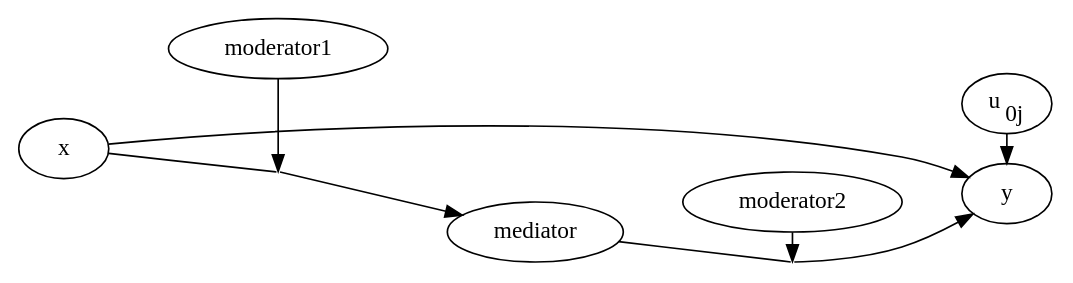
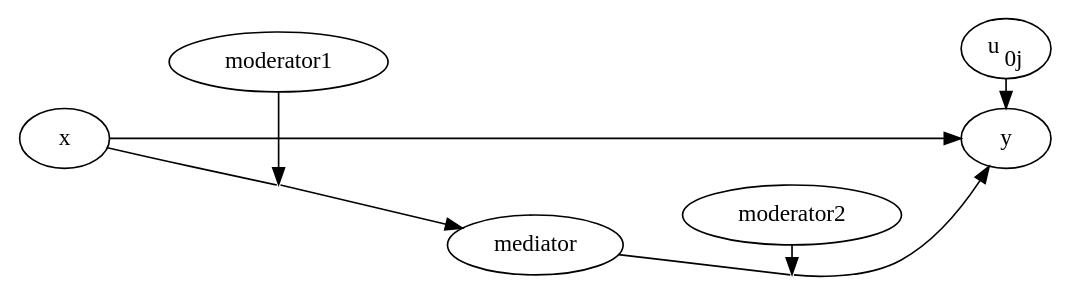
Before and after one commit to agrogan1/multilevel: the diagram in multilevel-moderated-mediation/multilevel-moderated-mediation.gv, drawn with Graphviz. The commit also changed 1 other file, not shown here.

Commit message:
better diagram; used edge weights to organize

```diff
--- a/multilevel-moderated-mediation/multilevel-moderated-mediation.gv
+++ b/multilevel-moderated-mediation/multilevel-moderated-mediation.gv
@@ -1,34 +1,38 @@
 digraph G {
   
   rankdir = LR
   
   {rank = same; moderator1; dummy1}
   
   {rank = same; moderator2; dummy2}
   
   {rank = same; u0; y}
 
   dummy1[shape = point, width = 0 ]
   
   dummy2[shape = point, width = 0 ]
   
   u0 [label = <u<SUB>0j</SUB>>]
 
+  edge[weight = 1]
+  
   x -> dummy1[ arrowhead = none ]
-  
-  moderator1 -> dummy1
   
   dummy1 -> mediator
   
   mediator -> dummy2[ arrowhead = none ]
   
-  moderator2 -> dummy2
+  dummy2 -> y 
   
-  dummy2 -> y
+  edge[weight = 2]
+  
+  moderator1 -> dummy1
+  
+  moderator2 -> dummy2 
   
   x -> y
   
   u0 -> y
   
   
 }
```
